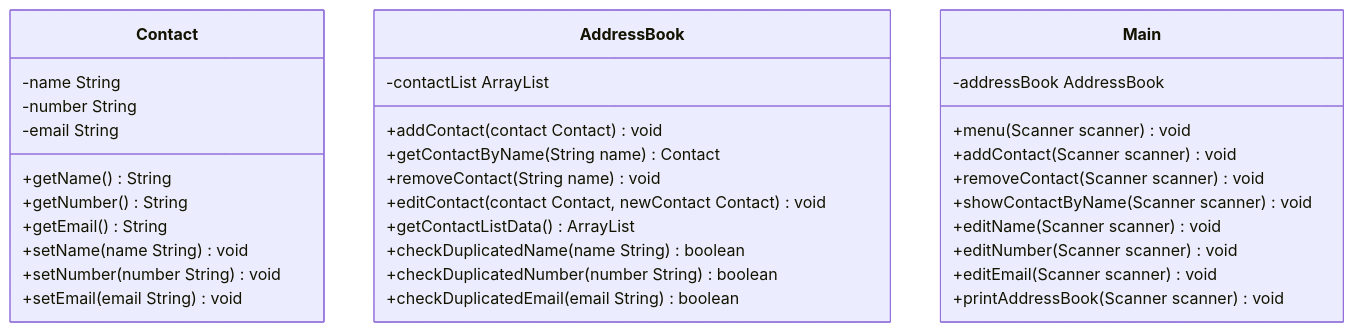
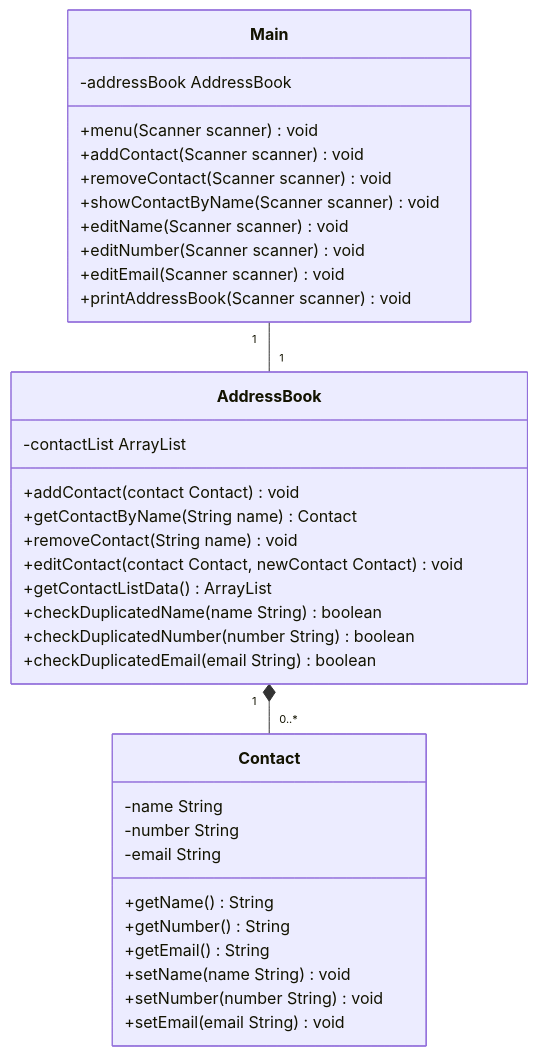
Before and after one commit to ProblemsGuy/dominic-java-address-book: the diagram in docs/domain-models-test-plan.md, drawn with Mermaid. The commit also changed other lines of this file and 7 other files, not shown here.

````diff
--- a/docs/domain-models-test-plan.md
+++ b/docs/domain-models-test-plan.md
@@ -15,37 +15,40 @@
 ```mermaid
 classDiagram
     class Contact{
         -name String
         -number String
         -email String
         +getName() String
         +getNumber() String
         +getEmail() String
         +setName(name String) void
         +setNumber(number String) void
         +setEmail(email String) void
     }
     class AddressBook {
         -contactList ArrayList<Contact>
         +addContact(contact Contact) void
         +getContactByName(String name) Contact
         +removeContact(String name) void
         +editContact(contact Contact, newContact Contact) void
         +getContactListData() ArrayList<Contact>
         +checkDuplicatedName(name String) boolean
         +checkDuplicatedNumber(number String) boolean
         +checkDuplicatedEmail(email String) boolean
     }
     class Main {
         -addressBook AddressBook
         +menu(Scanner scanner) void
         +addContact(Scanner scanner) void
         +removeContact(Scanner scanner) void
         +showContactByName(Scanner scanner) void
         +editName(Scanner scanner) void
         +editNumber(Scanner scanner) void
         +editEmail(Scanner scanner) void
         +printAddressBook(Scanner scanner) void
     }
+
+    AddressBook "1" *-- "0..*" Contact
+    Main "1" -- "1" AddressBook
     
 ```
````
